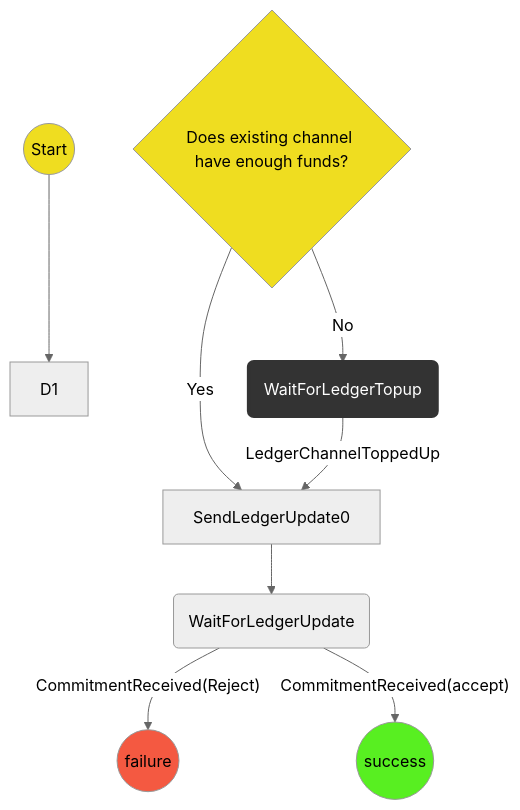
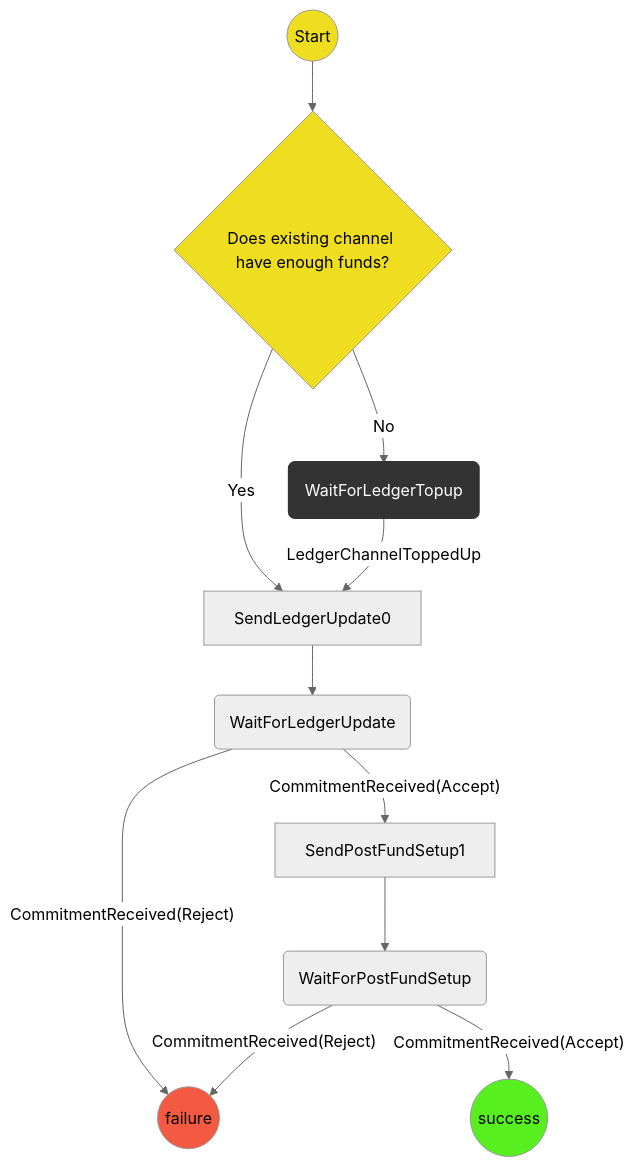
One commit to magmo/apps changed the first of 2 diagrams in packages/wallet/src/redux/protocols/existing-channel-funding/readme.md. Above: the diagram before and after it, drawn with Mermaid (neutral theme). The commit also changed other lines of this file and 4 other files, not shown here.

Commit message:
Existing funding now sends post fund setups

````diff
--- a/packages/wallet/src/redux/protocols/existing-channel-funding/readme.md
+++ b/packages/wallet/src/redux/protocols/existing-channel-funding/readme.md
@@ -15,19 +15,22 @@
 ```mermaid
   graph TD
   linkStyle default interpolate basis
-  St((Start))-->D1
+  St((Start))-->L
   L{Does Player channel have enough funds?}-->|No|LT(WaitForLedgerTopup)
   L{Does existing channel have enough funds?}-->|Yes|SC0[SendLedgerUpdate0]
   LT-->|LedgerChannelToppedUp|SC0[SendLedgerUpdate0]
   SC0-->WC(WaitForLedgerUpdate)
   WC-->|"CommitmentReceived(Reject)"|F((failure))
-  WC-->|"CommitmentReceived(accept)"|Su((success))
+  WC-->|"CommitmentReceived(Accept)"|SP0[SendPostFundSetup1]
+  SP0-->WP(WaitForPostFundSetup)
+  WP-->|"CommitmentReceived(Reject)"|F((failure))
+  WP-->|"CommitmentReceived(Accept)"|Su((success))
   classDef logic fill:#efdd20;
   classDef Success fill:#58ef21;
   classDef Failure fill:#f45941;
   classDef WaitForChildProtocol stroke:#333,stroke-width:4px,color:#ffff,fill:#333;
   class St,L logic;
   class Su Success;
   class F Failure;
   class LT WaitForChildProtocol;
 ```
````
